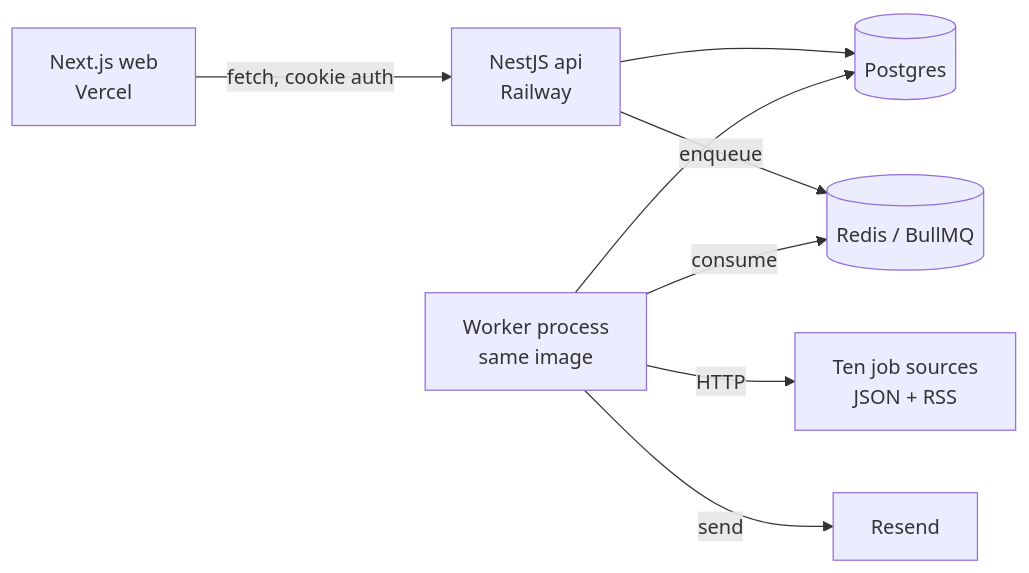
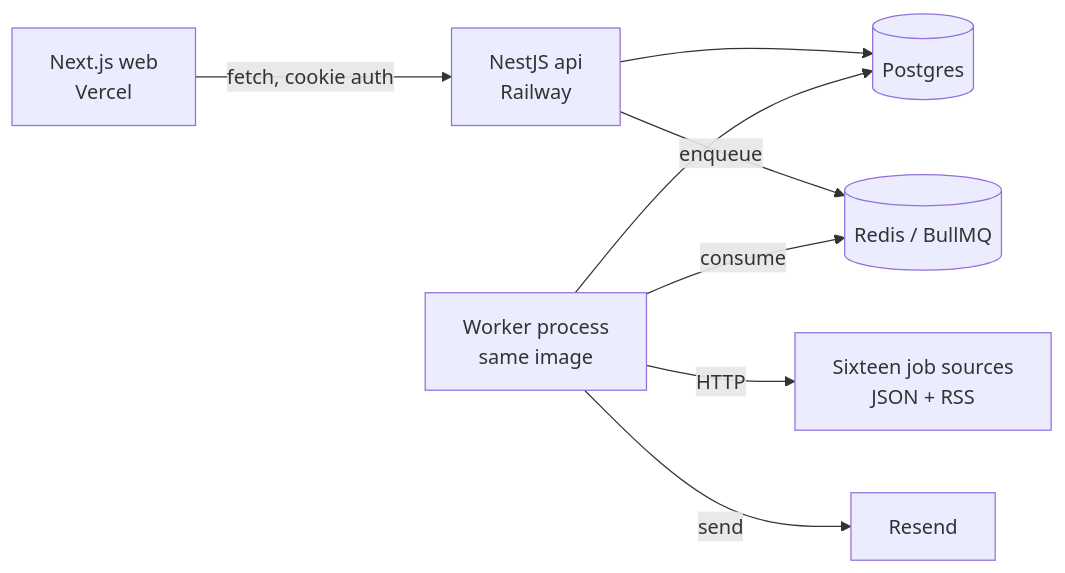
Before and after one commit to Jadesuuu/Reel: the diagram in README.md, drawn with Mermaid. The commit also changed other lines of this file and 36 other files, not shown here.

````diff
--- a/README.md
+++ b/README.md
@@ -46,10 +47,10 @@
 ```mermaid
 flowchart LR
   Web[Next.js web<br/>Vercel] -->|fetch, cookie auth| API[NestJS api<br/>Railway]
   API --> PG[(Postgres)]
   API -->|enqueue| R[(Redis / BullMQ)]
   W[Worker process<br/>same image] -->|consume| R
   W --> PG
-  W -->|HTTP| S[Ten job sources<br/>JSON + RSS]
+  W -->|HTTP| S[Sixteen job sources<br/>JSON + RSS]
   W -->|send| M[Resend]
 ```
````
